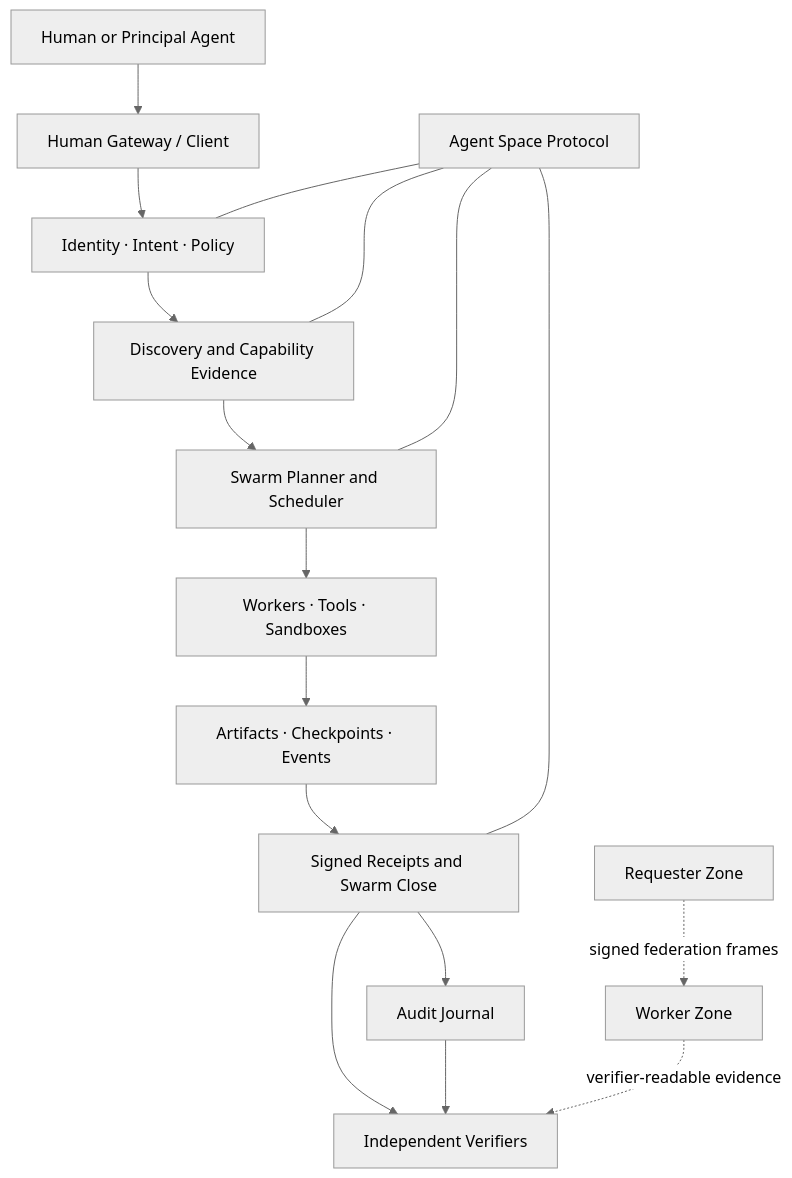
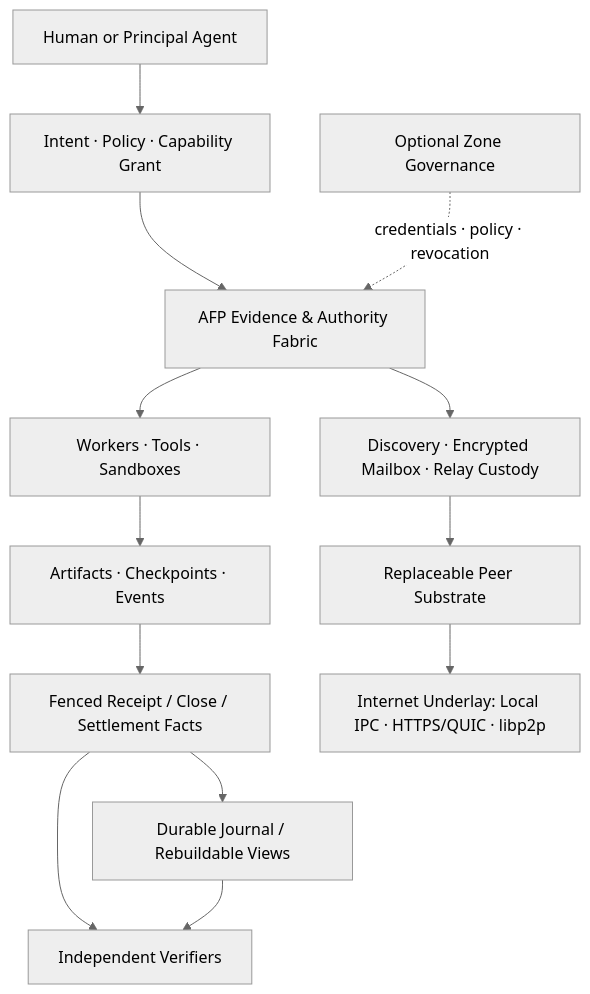
Before and after one commit to XXY-CH/Agnet: the first of 2 diagrams in README.md, drawn with Mermaid (neutral theme). The commit also changed other lines of this file and 18 other files, not shown here.

First line of the commit message:
feat(afp): freeze the sovereign protocol contract

````diff
--- a/README.md
+++ b/README.md
@@ -55,21 +57,17 @@
 ```mermaid
 flowchart TB
-    H[Human or Principal Agent] --> HG[Human Gateway / Client]
-    HG --> I[Identity · Intent · Policy]
-    I --> D[Discovery and Capability Evidence]
-    D --> S[Swarm Planner and Scheduler]
-    S --> W[Workers · Tools · Sandboxes]
+    H[Human or Principal Agent] --> P[Intent · Policy · Capability Grant]
+    P --> F[AFP Evidence & Authority Fabric]
+    F --> W[Workers · Tools · Sandboxes]
     W --> A[Artifacts · Checkpoints · Events]
-    A --> R[Signed Receipts and Swarm Close]
-    R --> J[Audit Journal]
+    A --> R[Fenced Receipt / Close / Settlement Facts]
     R --> V[Independent Verifiers]
+
+    F --> D[Discovery · Encrypted Mailbox · Relay Custody]
+    D --> N[Replaceable Peer Substrate]
+    N --> U[Internet Underlay: Local IPC · HTTPS/QUIC · libp2p]
+
+    G[Optional Zone Governance] -. credentials · policy · revocation .-> F
+    R --> J[Durable Journal / Rebuildable Views]
     J --> V
-
-    ASP[Agent Space Protocol] --- I
-    ASP --- D
-    ASP --- S
-    ASP --- R
-
-    Z1[Requester Zone] -. signed federation frames .-> Z2[Worker Zone]
-    Z2 -. verifier-readable evidence .-> V
 ```
````
